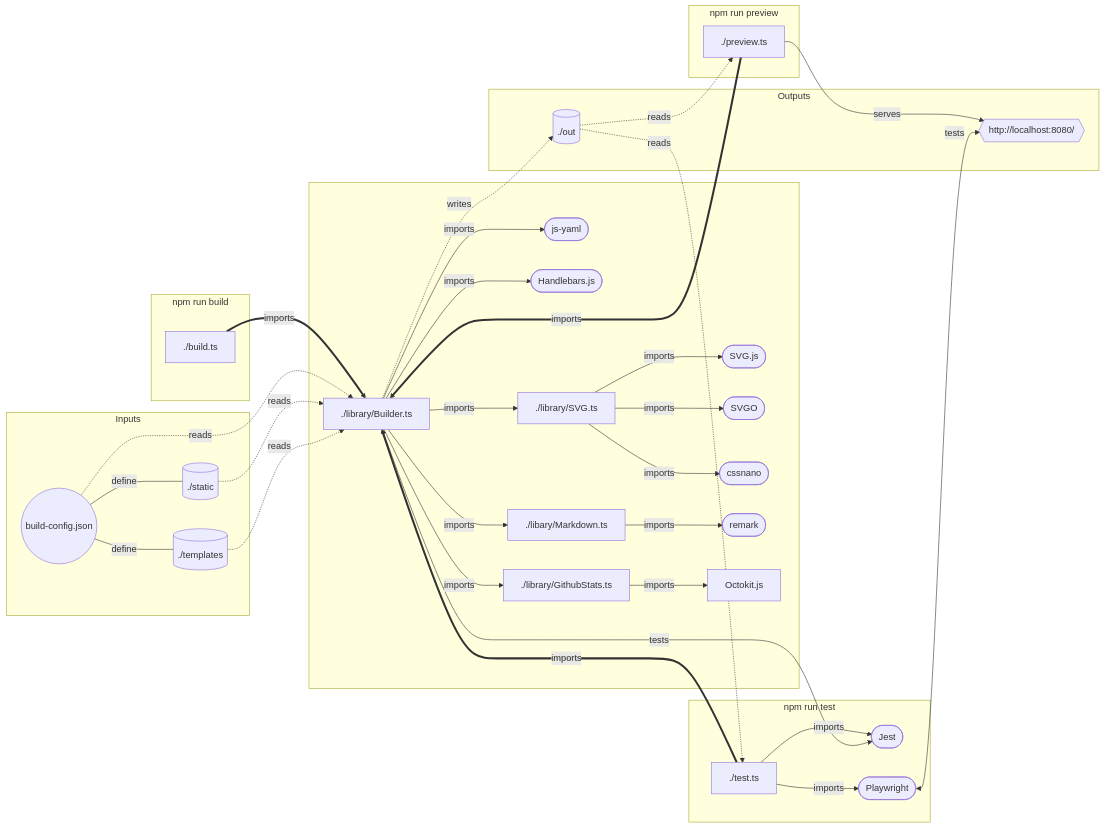
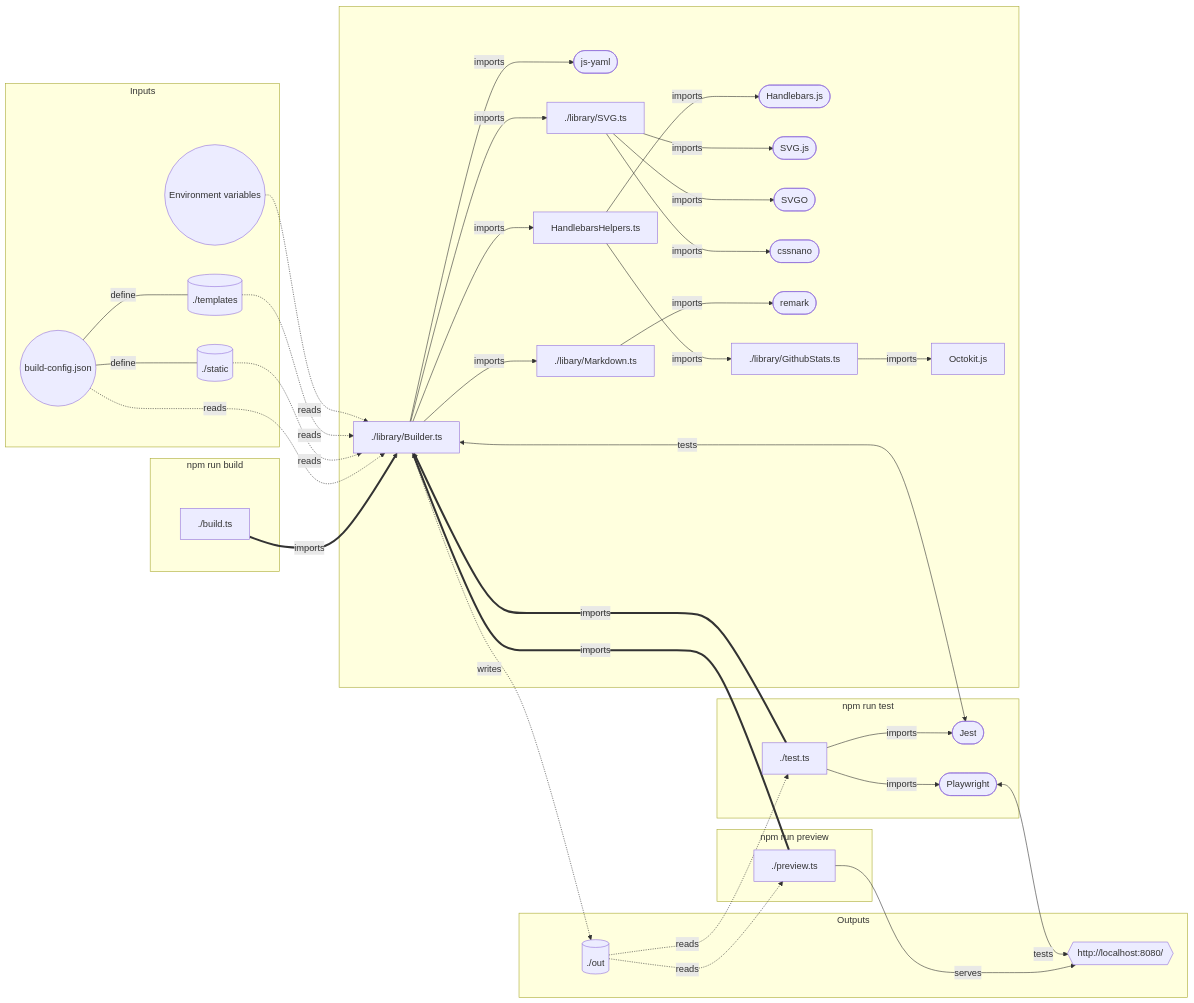
The diagram in src/ReadMe.md (dylanlangston/dylanlangston), drawn with Mermaid before and after one commit.

Commit message:
Update Solution Architecture

````diff
--- a/src/ReadMe.md
+++ b/src/ReadMe.md
@@ -134,73 +134,77 @@
 ```mermaid
 graph LR;
     subgraph "input" [Inputs]
       G((build-config.json))
+      ENV(("Environment variables"))
       I[("`./templates`")]
       H[("`./static`")]
     end
 
     subgraph "build" [npm run build]
       A[./build.ts]
     end
     subgraph "preview" [npm run preview]
       T[./preview.ts]
     end
     subgraph "test" [npm run test]
       Q[./test.ts]
       R([Jest])
       U([Playwright])
     end
 
     subgraph "logic" [ ]
       B[./library/Builder.ts]
       K([js-yaml])
+      HH[HandlebarsHelpers.ts]
       L([Handlebars.js])
       D[./library/SVG.ts]
       N([SVG.js])
       P([SVGO])
       O([cssnano])
       E[./libary/Markdown.ts]
       M([remark])
       GS[./library/GithubStats.ts]
       AX[Octokit.js]
     end
 
     subgraph "out" [Outputs]
       S{{"http://localhost:8080/"}}
       J[("`./out`")]
     end
 
     build ~~~ logic
     preview ~~~ logic
     test ~~~ logic
 
     input ~~~ logic
     logic ~~~ out
 
     A ==>|imports| B
     B -->|imports| D
     B -->|imports| E
-    B -->|imports| GS
     B -.->|writes| J
     B -->|imports| K
-    B -->|imports| L
+    B -->|imports| HH
+    HH -->|imports| L
+    HH -->|imports| GS
     D -->|imports| N
     D -->|imports| O
     D -->|imports| P
     E -->|imports| M
     GS -->|imports| AX
     G -.->|reads| B
     G ---|define| H
     G ---|define| I
     H -.->|reads| B
     I -.->|reads| B
     J -.->|reads| T
     J -.->|reads| Q
     R <-->|tests| B
     T ==>|imports| B
     T -->|serves| S
     U <-->|tests| S
     Q ==>|imports| B
     Q -->|imports| R
     Q -->|imports| U
+    ENV -.->|reads| B 
 ```
````
